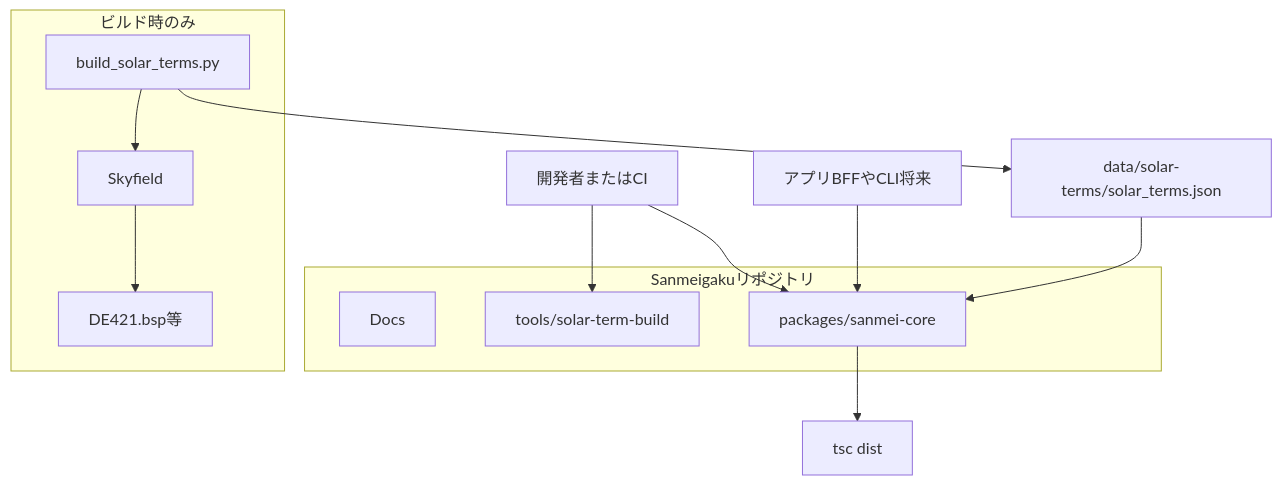
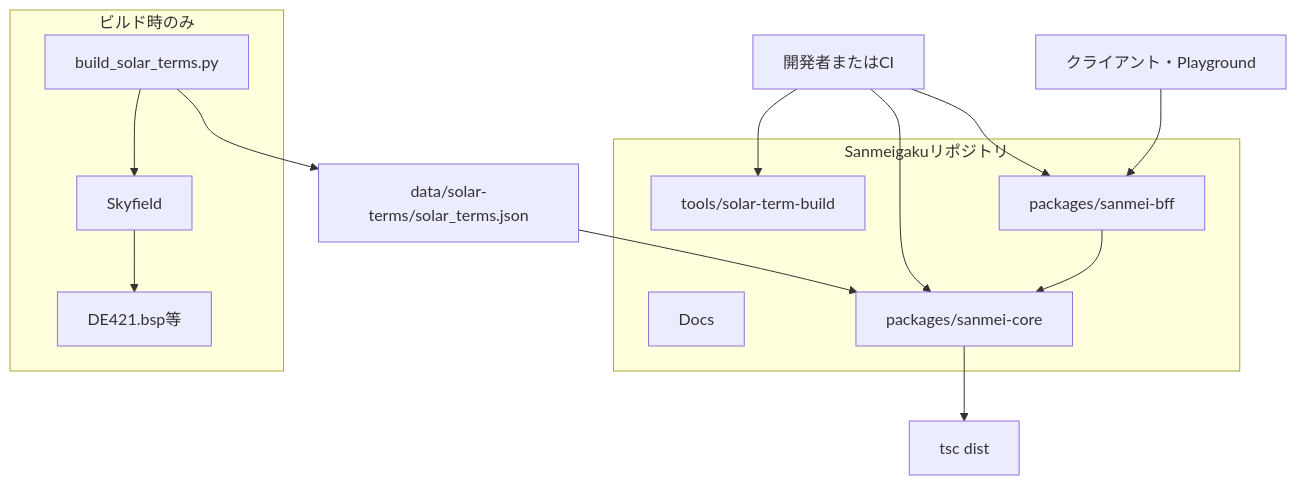
One commit to DukeGomadango/sanmei-core changed the first of 7 diagrams in Docs/IMPLEMENTATION.md. Above: the diagram before and after it, drawn with Mermaid. The commit also changed other lines of this file and 20 other files, not shown here.

First line of the commit message:
feat(sanmei-bff): POST /api/v1/calculate とエラー契約を開通

````diff
--- a/Docs/IMPLEMENTATION.md
+++ b/Docs/IMPLEMENTATION.md
@@ -25,25 +25,28 @@
 ```mermaid
 flowchart TB
   subgraph repo [Sanmeigakuリポジトリ]
     docs[Docs]
     toolsDir[tools/solar-term-build]
     pkg[packages/sanmei-core]
+    bff[packages/sanmei-bff]
   end
   subgraph buildOnly [ビルド時のみ]
     py[build_solar_terms.py]
     sky[Skyfield]
     de421[DE421.bsp等]
   end
   dataJson[data/solar-terms/solar_terms.json]
   tsc[tsc dist]
   dev[開発者またはCI]
-  consumer[アプリBFFやCLI将来]
+  consumer[クライアント・Playground]
   py --> sky
   sky --> de421
   py --> dataJson
   dataJson --> pkg
   pkg --> tsc
+  bff --> pkg
   dev --> toolsDir
   dev --> pkg
-  consumer --> pkg
+  dev --> bff
+  consumer --> bff
 ```
````
